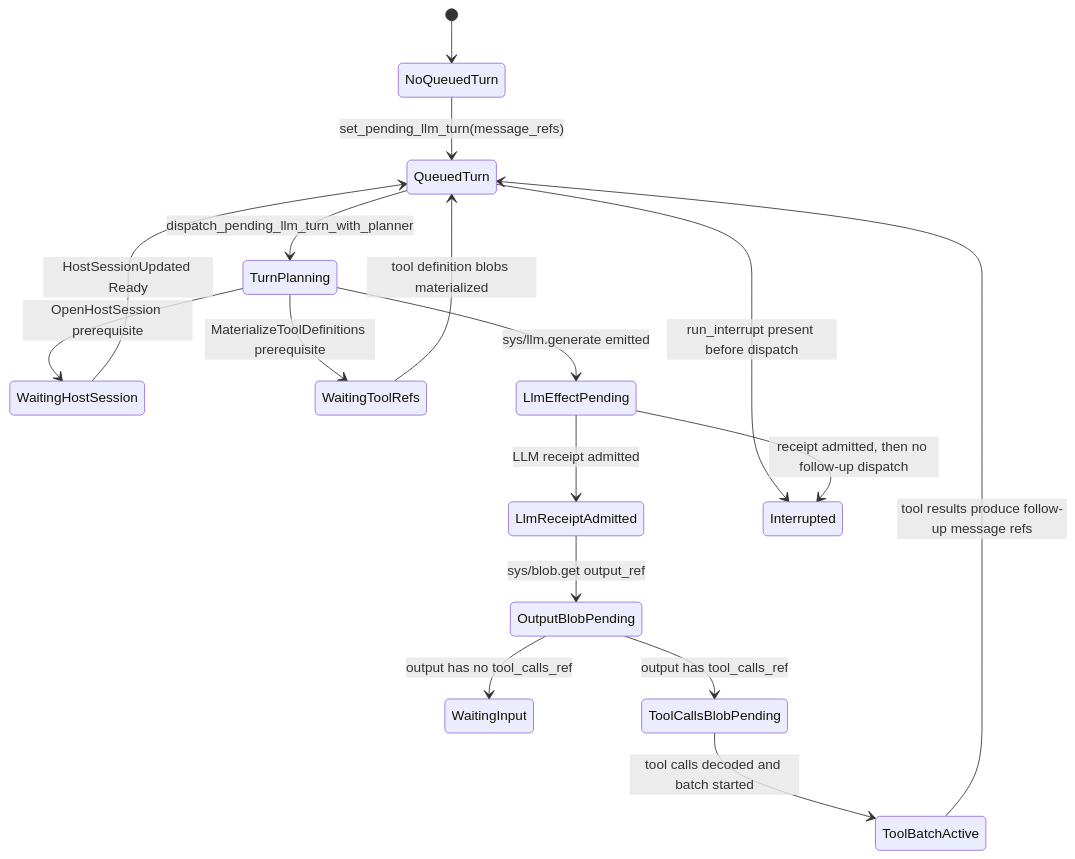
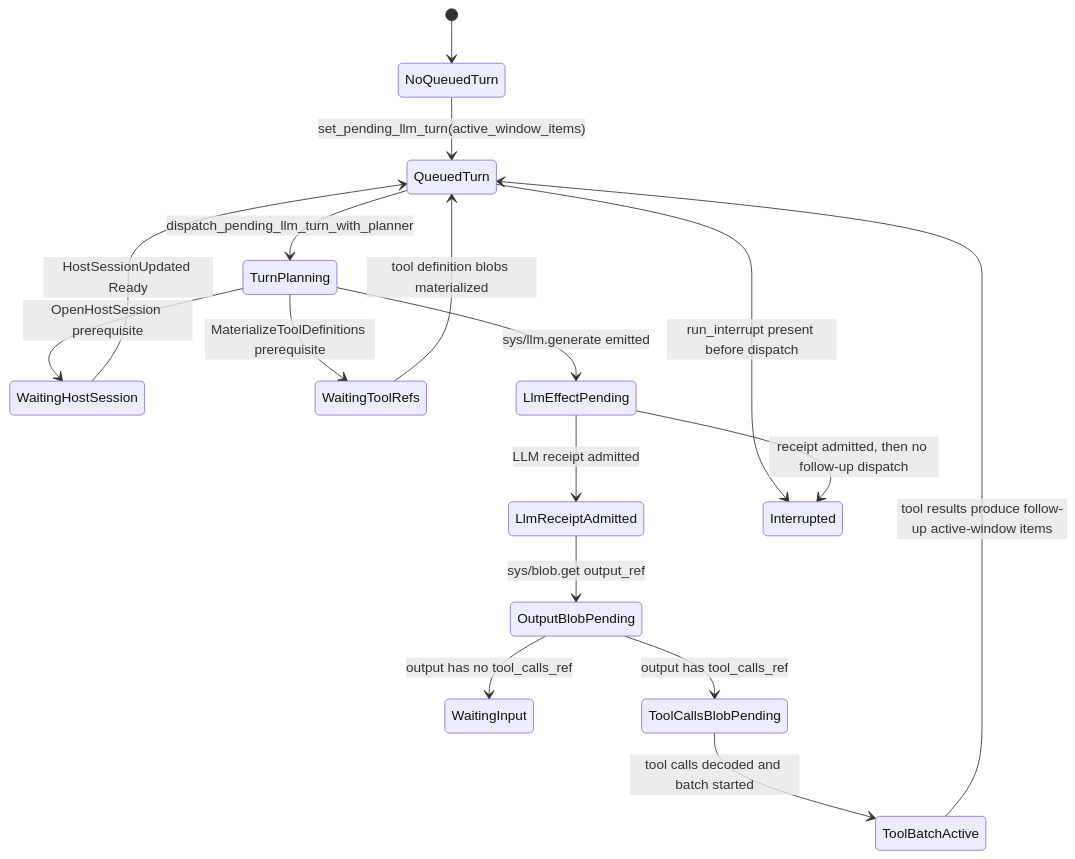
The tenth of 22 diagrams in roadmap/v0.30-agent/visual-guide.md (smartcomputer-ai/agent-os), drawn with Mermaid before and after one commit. The commit also changed other lines of this file and 32 other files, not shown here.

````diff
--- a/roadmap/v0.30-agent/visual-guide.md
+++ b/roadmap/v0.30-agent/visual-guide.md
@@ -696,22 +706,22 @@
 ```mermaid
 stateDiagram-v2
   [*] --> NoQueuedTurn
 
-  NoQueuedTurn --> QueuedTurn: set_pending_llm_turn(message_refs)
+  NoQueuedTurn --> QueuedTurn: set_pending_llm_turn(active_window_items)
 
   QueuedTurn --> TurnPlanning: dispatch_pending_llm_turn_with_planner
   TurnPlanning --> WaitingHostSession: OpenHostSession prerequisite
   WaitingHostSession --> QueuedTurn: HostSessionUpdated Ready
   TurnPlanning --> WaitingToolRefs: MaterializeToolDefinitions prerequisite
   WaitingToolRefs --> QueuedTurn: tool definition blobs materialized
   TurnPlanning --> LlmEffectPending: sys/llm.generate emitted
   LlmEffectPending --> LlmReceiptAdmitted: LLM receipt admitted
   LlmReceiptAdmitted --> OutputBlobPending: sys/blob.get output_ref
   OutputBlobPending --> WaitingInput: output has no tool_calls_ref
   OutputBlobPending --> ToolCallsBlobPending: output has tool_calls_ref
   ToolCallsBlobPending --> ToolBatchActive: tool calls decoded and batch started
-  ToolBatchActive --> QueuedTurn: tool results produce follow-up message refs
+  ToolBatchActive --> QueuedTurn: tool results produce follow-up active-window items
 
   QueuedTurn --> Interrupted: run_interrupt present before dispatch
   LlmEffectPending --> Interrupted: receipt admitted, then no follow-up dispatch
 ```
````
